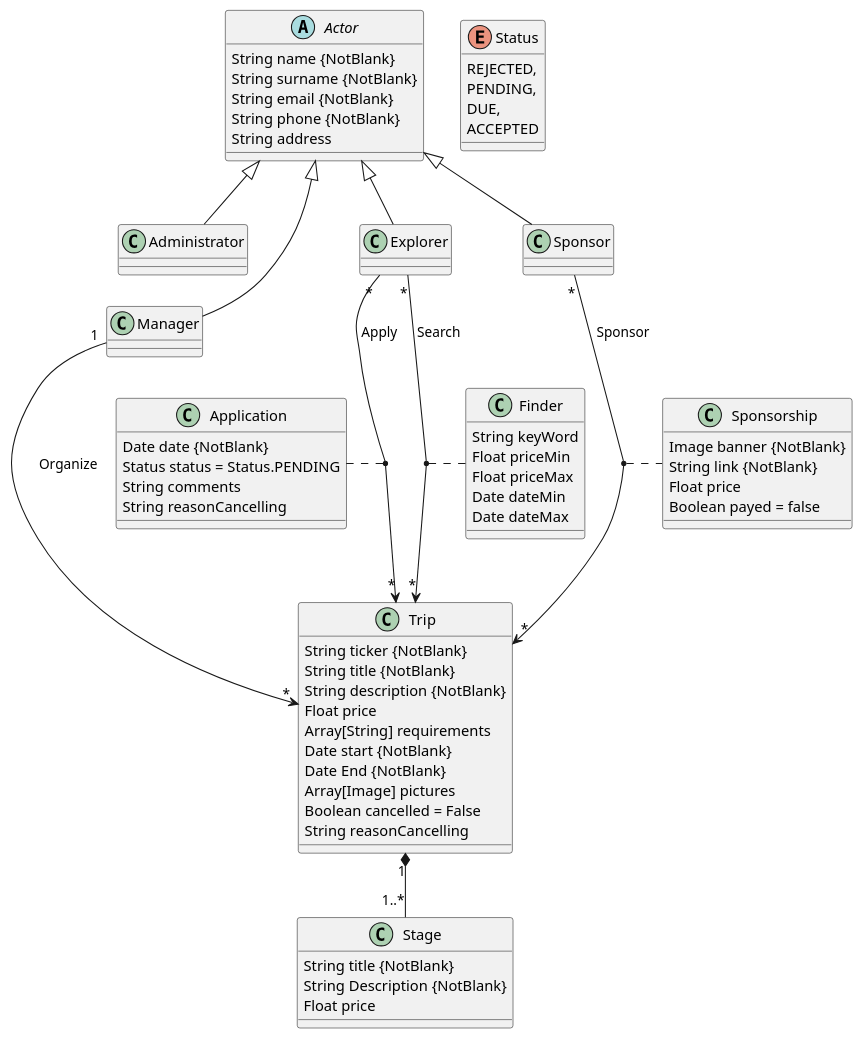
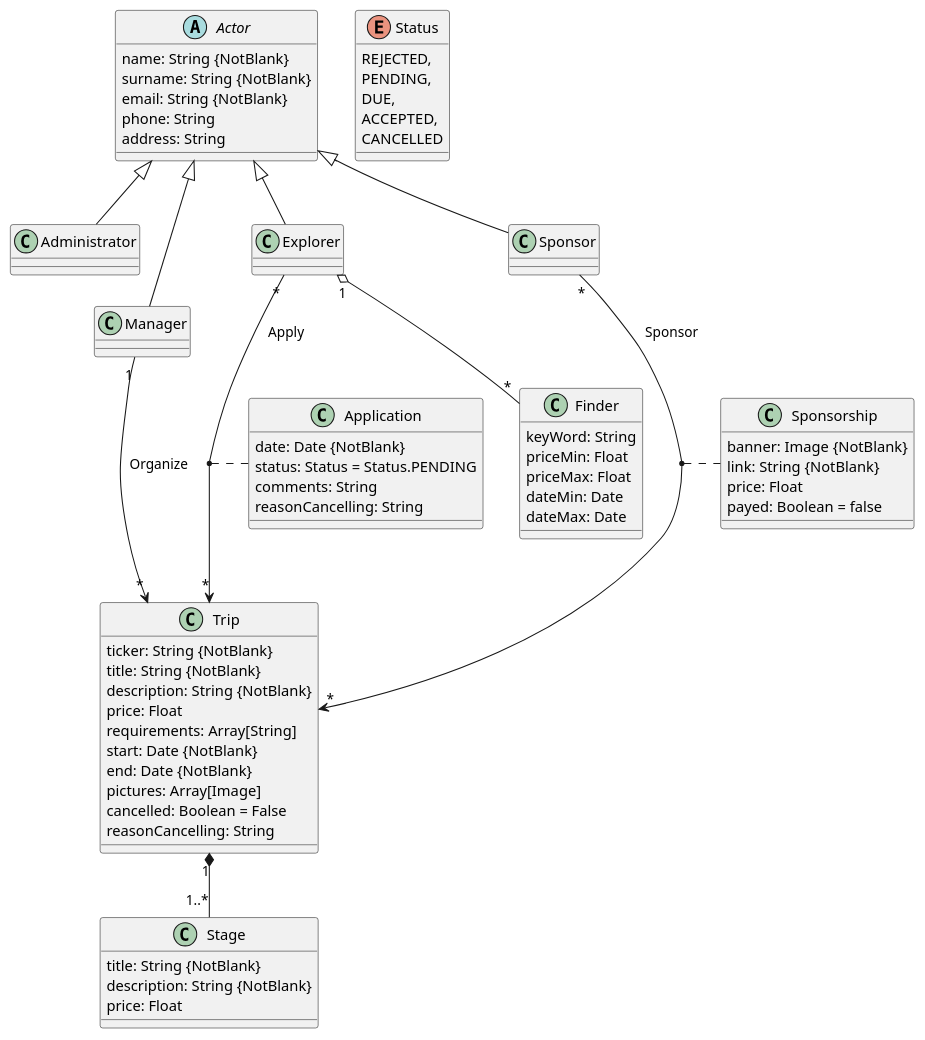
Before and after one commit to Xiirf/S2_Acme_Explorer: the diagram in doc/class_diagram.plantuml, drawn with PlantUML.

```diff
--- a/doc/class_diagram.plantuml
+++ b/doc/class_diagram.plantuml
@@ -1,78 +1,78 @@
 @startuml
 Enum Status {
   REJECTED,
   PENDING,
   DUE,
-  ACCEPTED
+  ACCEPTED,
+  CANCELLED
 }
 
 Abstract Actor {
-  String name {NotBlank}
-  String surname {NotBlank}
-  String email {NotBlank}
-  String phone {NotBlank}
-  String address
+  name: String {NotBlank}
+  surname: String {NotBlank}
+  email: String {NotBlank}
+  phone: String
+  address: String
 }
 
 Class Administrator
 
 Class Manager
 
 Class Explorer
 
 Class Sponsor
 
 Class Trip {
-  String ticker {NotBlank}
-  String title {NotBlank}
-  String description {NotBlank}
-  Float price
-  Array[String] requirements
-  Date start {NotBlank}
-  Date End {NotBlank}
-  Array[Image] pictures
-  Boolean cancelled = False
-  String reasonCancelling
+  ticker: String {NotBlank}
+  title: String {NotBlank}
+  description: String {NotBlank}
+  price: Float
+  requirements: Array[String]
+  start: Date {NotBlank}
+  end: Date {NotBlank}
+  pictures: Array[Image]
+  cancelled: Boolean = False
+  reasonCancelling: String
 }
 
 Class Stage {
-  String title {NotBlank}
-  String Description {NotBlank}
-  Float price
+  title: String {NotBlank}
+  description: String {NotBlank}
+  price: Float
 }
 
 Class Application {
-  Date date {NotBlank}
-  Status status = Status.PENDING
-  String comments
-  String reasonCancelling
+  date: Date {NotBlank}
+  status: Status = Status.PENDING
+  comments: String
+  reasonCancelling: String
 }
 
 class Finder {
-  String keyWord
-  Float priceMin
-  Float priceMax
-  Date dateMin
-  Date dateMax
+  keyWord: String
+  priceMin: Float
+  priceMax: Float
+  dateMin: Date
+  dateMax: Date
 }
 
 Class Sponsorship {
-  Image banner {NotBlank}
-  String link {NotBlank}
-  Float price
-  Boolean payed = false
+  banner: Image {NotBlank}
+  link: String {NotBlank}
+  price: Float
+  payed: Boolean = false
 }
 
 Actor <|-- Administrator
 Actor <|-- Manager
 Actor <|-- Explorer
 Actor <|-- Sponsor
 Trip "1" *-- "1..*" Stage
 Manager "1" --> "*" Trip: Organize
 Explorer "*" --> "*" Trip: Apply
 (Explorer, Trip).. Application
-Explorer "*" --> "*" Trip: Search
-(Explorer, Trip) .. Finder
+Explorer "1" o-- "*" Finder
 Sponsor "*" --> "*" Trip: Sponsor
 (Sponsor , Trip) .. Sponsorship
 @enduml
```
